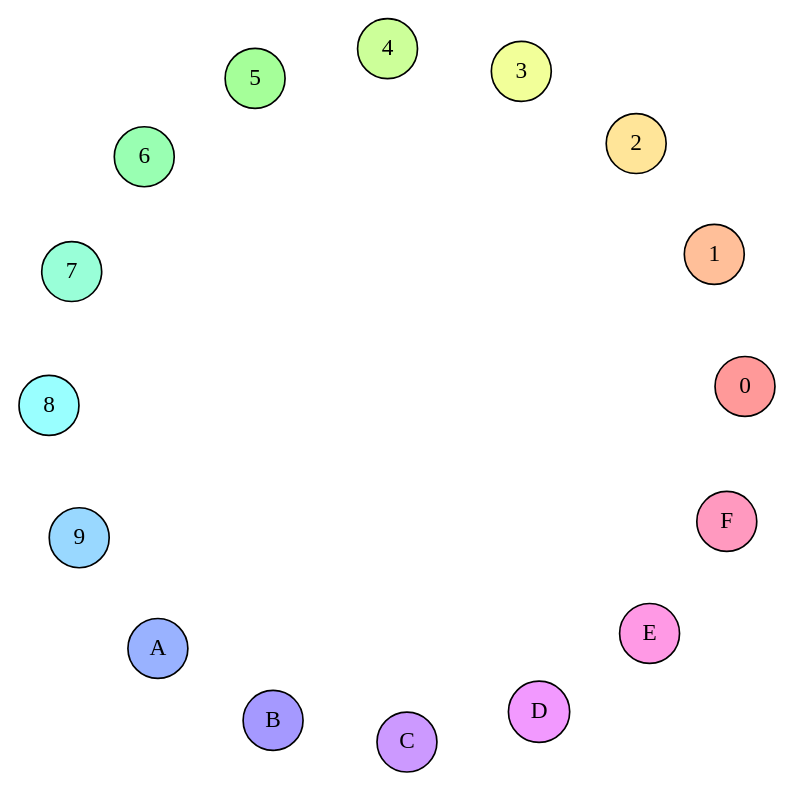
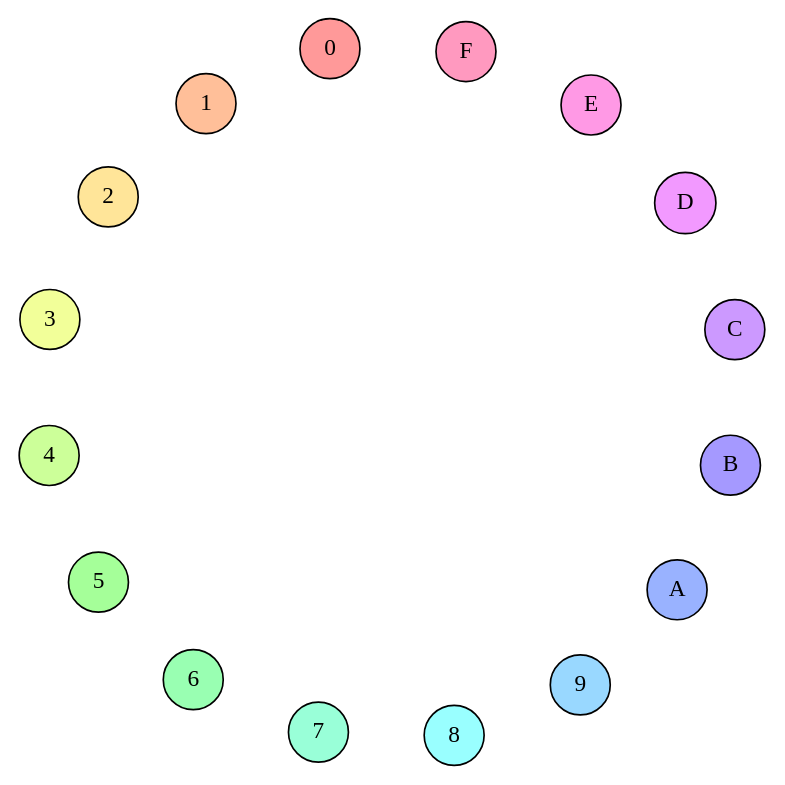
Before and after one commit to crypto101/book: the diagram in Illustrations/BlockCipher/AllNodes.dot, drawn with Graphviz. The commit also changed 1 other file, not shown here.

```diff
--- a/Illustrations/BlockCipher/AllNodes.dot
+++ b/Illustrations/BlockCipher/AllNodes.dot
@@ -1,8 +1,8 @@
 
 digraph G {
-    graph [splines=curved; layout=neato; start=5; epsilon=0.001];
+    graph [splines=curved; layout=neato; start=1; epsilon=0.001];
     node [style=filled, shape=circle];
     edge [style=invis];
     0 [fillcolor="0.0 0.4 1"]; 1 [fillcolor="0.0625 0.4 1"]; 2 [fillcolor="0.125 0.4 1"]; 3 [fillcolor="0.1875 0.4 1"]; 4 [fillcolor="0.25 0.4 1"]; 5 [fillcolor="0.3125 0.4 1"]; 6 [fillcolor="0.375 0.4 1"]; 7 [fillcolor="0.4375 0.4 1"]; 8 [fillcolor="0.5 0.4 1"]; 9 [fillcolor="0.5625 0.4 1"]; A [fillcolor="0.625 0.4 1"]; B [fillcolor="0.6875 0.4 1"]; C [fillcolor="0.75 0.4 1"]; D [fillcolor="0.8125 0.4 1"]; E [fillcolor="0.875 0.4 1"]; F [fillcolor="0.9375 0.4 1"];
     1 -> 0; 2 -> 1; 3 -> 2; 4 -> 3; 5 -> 4; 6 -> 5; 7 -> 6; 8 -> 7; 9 -> 8; A -> 9; B -> A; C -> B; D -> C; E -> D; F -> E; 0 -> F;
 }
```
